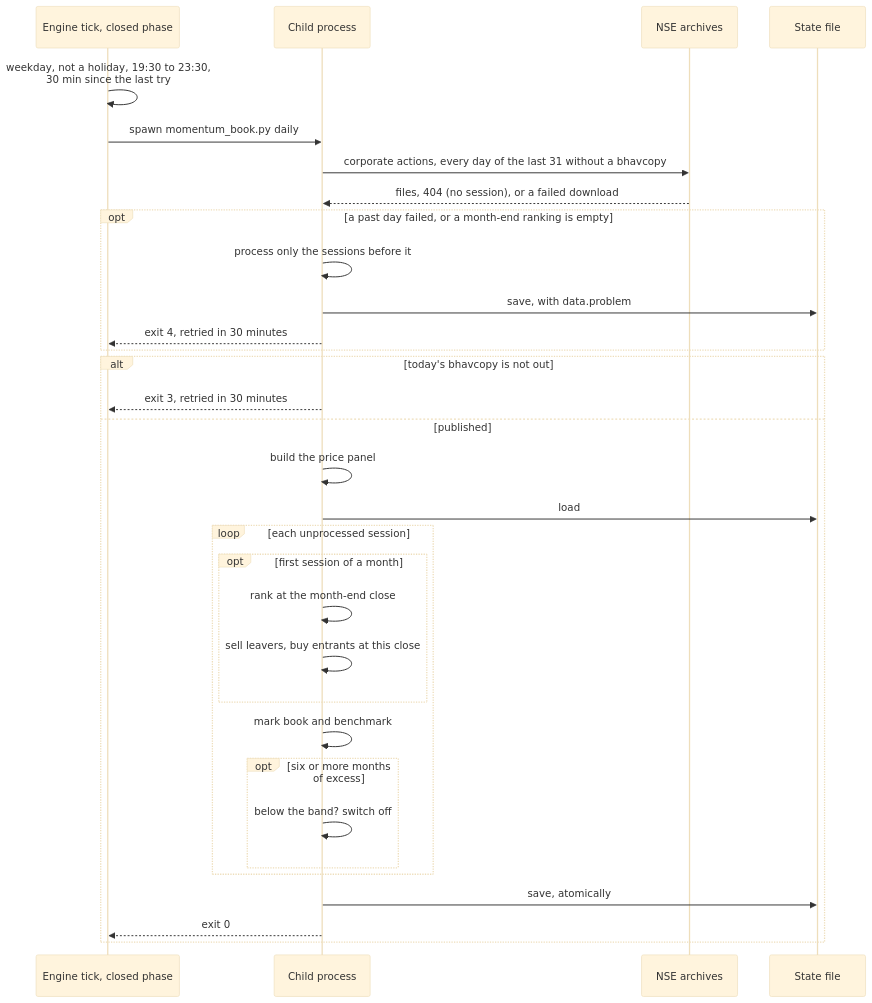
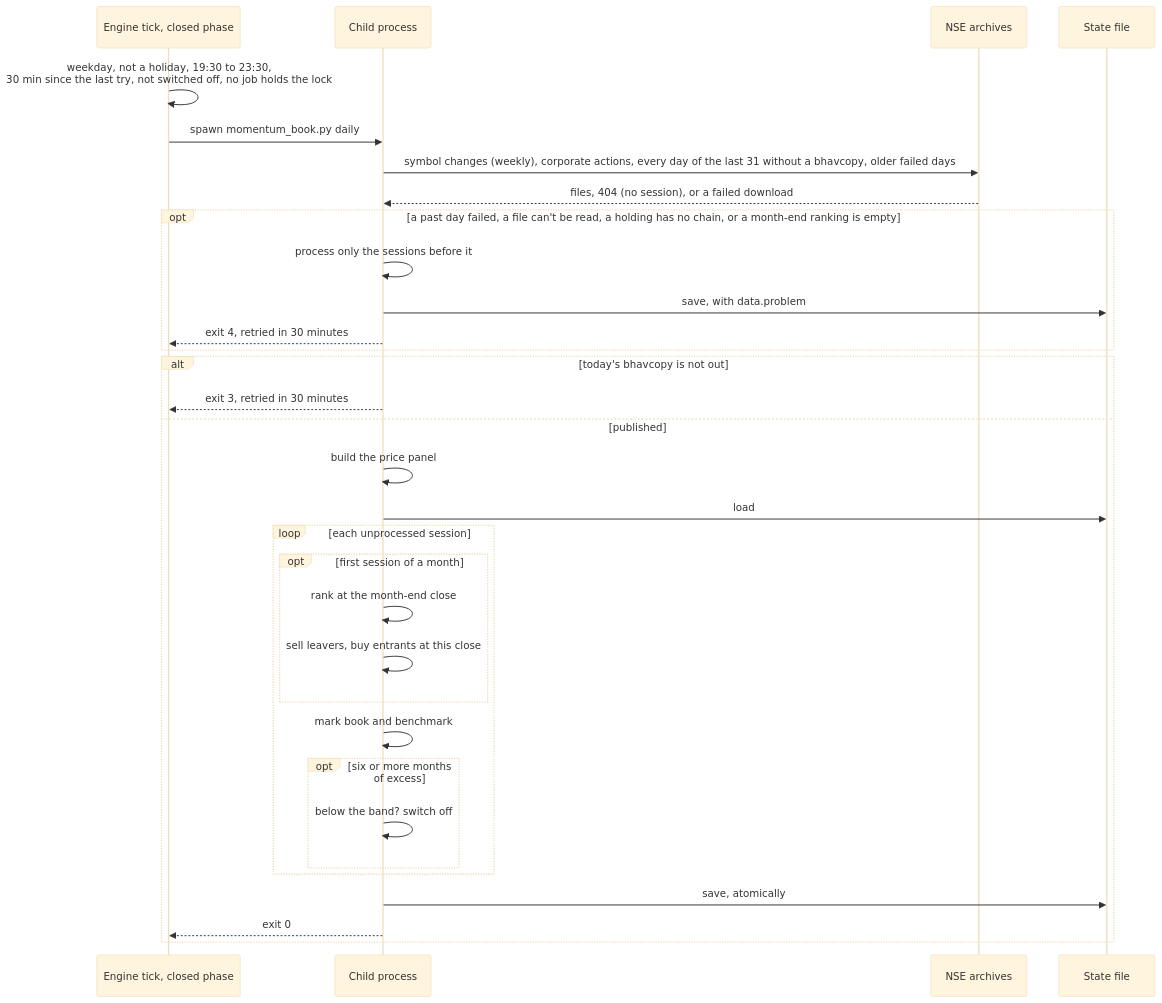
Before and after one commit to harshece16/intraday-trading-agent: the fourth of 7 diagrams in docs/architecture/LLD.md, drawn with Mermaid (base theme). The commit also changed other lines of this file and 10 other files, not shown here.

````diff
--- a/docs/architecture/LLD.md
+++ b/docs/architecture/LLD.md
@@ -617,35 +619,35 @@
 ```mermaid
 sequenceDiagram
     participant E as Engine tick, closed phase
     participant C as Child process
     participant N as NSE archives
     participant F as State file
 
-    E->>E: weekday, not a holiday, 19:30 to 23:30,<br/>30 min since the last try
+    E->>E: weekday, not a holiday, 19:30 to 23:30,<br/>30 min since the last try, not switched off, no job holds the lock
     E->>C: spawn momentum_book.py daily
-    C->>N: corporate actions, every day of the last 31 without a bhavcopy
+    C->>N: symbol changes (weekly), corporate actions, every day of the last 31 without a bhavcopy, older failed days
     N-->>C: files, 404 (no session), or a failed download
-    opt a past day failed, or a month-end ranking is empty
+    opt a past day failed, a file can't be read, a holding has no chain, or a month-end ranking is empty
         C->>C: process only the sessions before it
         C->>F: save, with data.problem
         C-->>E: exit 4, retried in 30 minutes
     end
     alt today's bhavcopy is not out
         C-->>E: exit 3, retried in 30 minutes
     else published
         C->>C: build the price panel
         C->>F: load
         loop each unprocessed session
             opt first session of a month
                 C->>C: rank at the month-end close
                 C->>C: sell leavers, buy entrants at this close
             end
             C->>C: mark book and benchmark
             opt six or more months of excess
                 C->>C: below the band? switch off
             end
         end
         C->>F: save, atomically
         C-->>E: exit 0
     end
 ```
````
